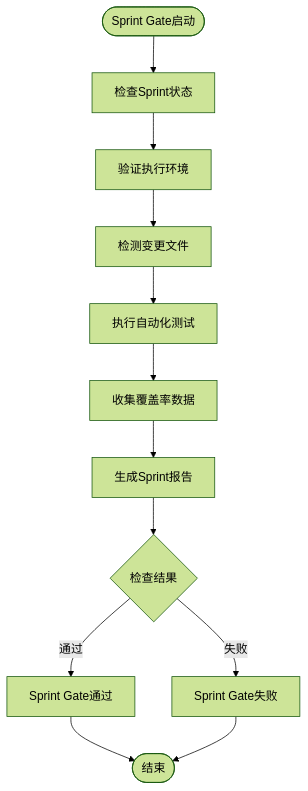
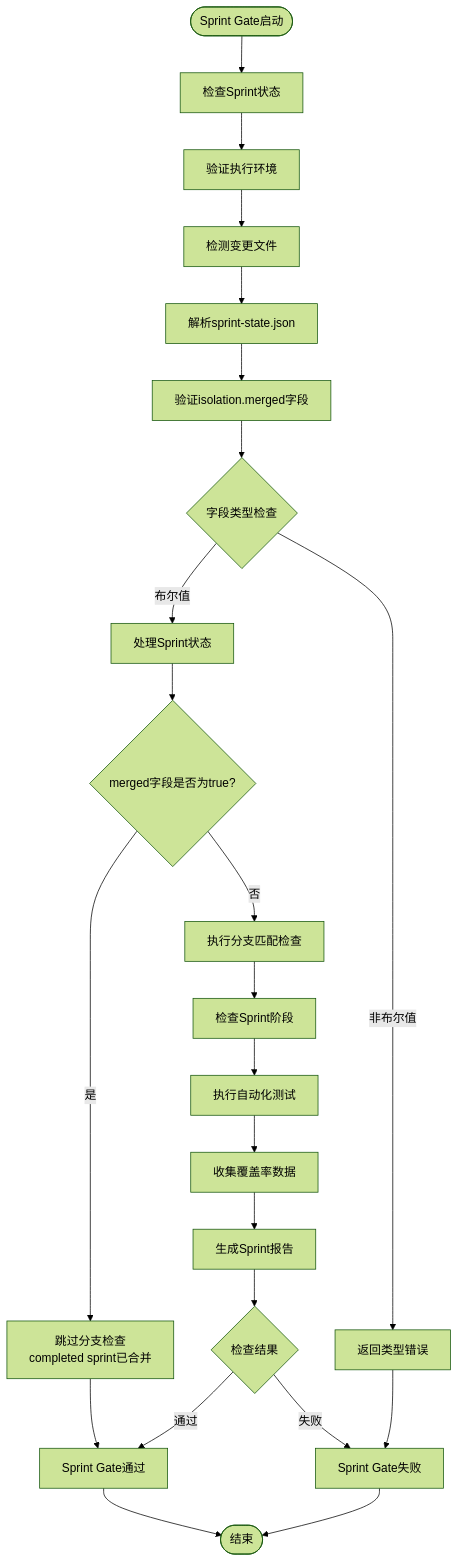
The fourth of 7 diagrams in .qoder/repowiki/zh/content/开发指南/Git Hooks系统.md (boyingliu01/fault-review-analyzer), drawn with Mermaid (forest theme) before and after one commit. The commit also changed other lines of this file and 123 other files, not shown here.

````diff
--- a/.qoder/repowiki/zh/content/开发指南/Git Hooks系统.md
+++ b/.qoder/repowiki/zh/content/开发指南/Git Hooks系统.md
@@ -319,14 +351,25 @@
 ```mermaid
 flowchart TD
 SprintStart(["Sprint Gate启动"]) --> CheckState["检查Sprint状态"]
 CheckState --> ValidateEnv["验证执行环境"]
 ValidateEnv --> DetectFiles["检测变更文件"]
-DetectFiles --> RunTests["执行自动化测试"]
-RunTests --> CollectCoverage["收集覆盖率数据"]
+DetectFiles --> ParseState["解析sprint-state.json"]
+ParseState --> ValidateMerged["验证isolation.merged字段"]
+ValidateMerged --> CheckType{"字段类型检查"}
+CheckType --> |布尔值| ProcessSprint["处理Sprint状态"]
+CheckType --> |非布尔值| Error["返回类型错误"]
+ProcessSprint --> CheckMerged{"merged字段是否为true?"}
+CheckMerged --> |是| Bypass["跳过分支检查<br/>completed sprint已合并"]
+CheckMerged --> |否| BranchCheck["执行分支匹配检查"]
+BranchCheck --> PhaseCheck["检查Sprint阶段"]
+PhaseCheck --> TestExec["执行自动化测试"]
+TestExec --> CollectCoverage["收集覆盖率数据"]
 CollectCoverage --> GenerateReport["生成Sprint报告"]
 GenerateReport --> CheckResults{"检查结果"}
 CheckResults --> |通过| Success["Sprint Gate通过"]
 CheckResults --> |失败| Fail["Sprint Gate失败"]
+Bypass --> Success
+Error --> Fail
 Success --> End(["结束"])
 Fail --> End
 ```
````
